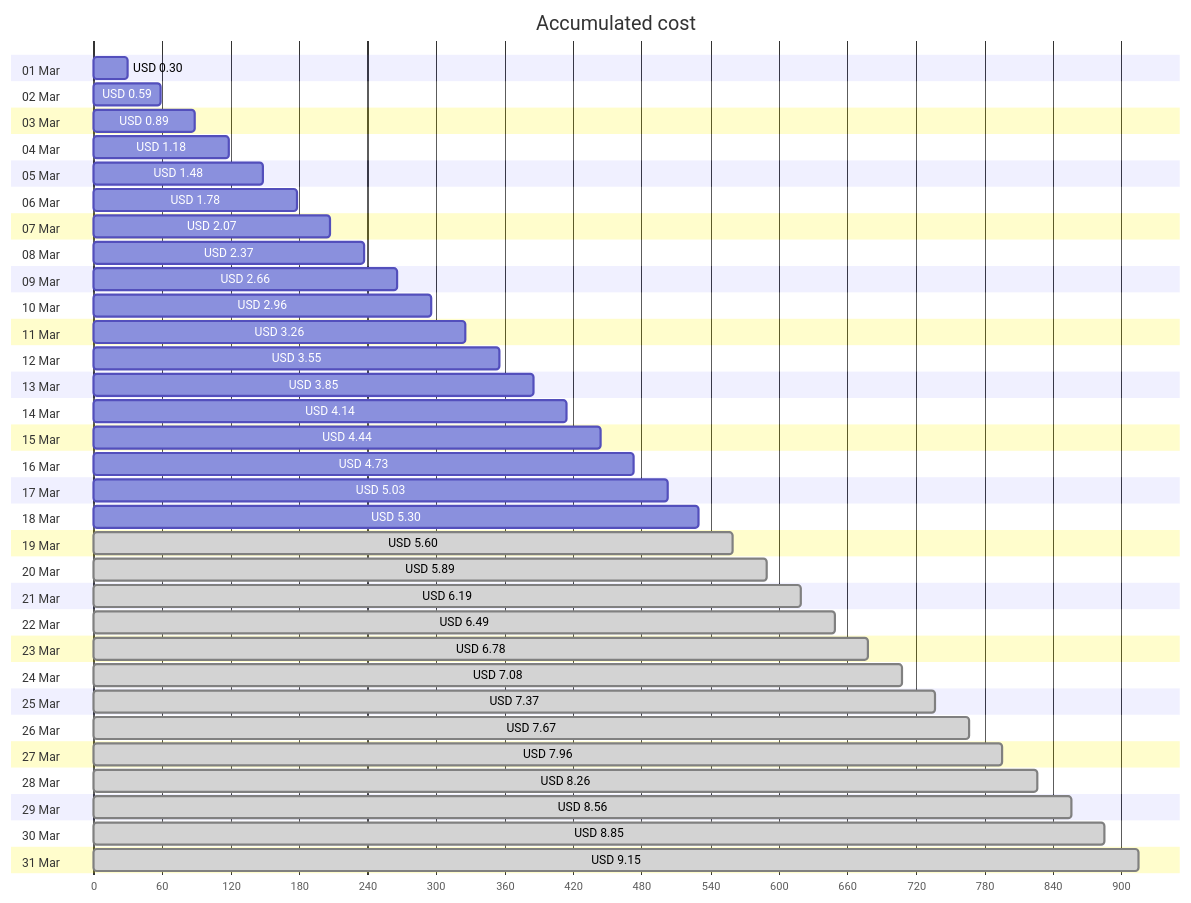
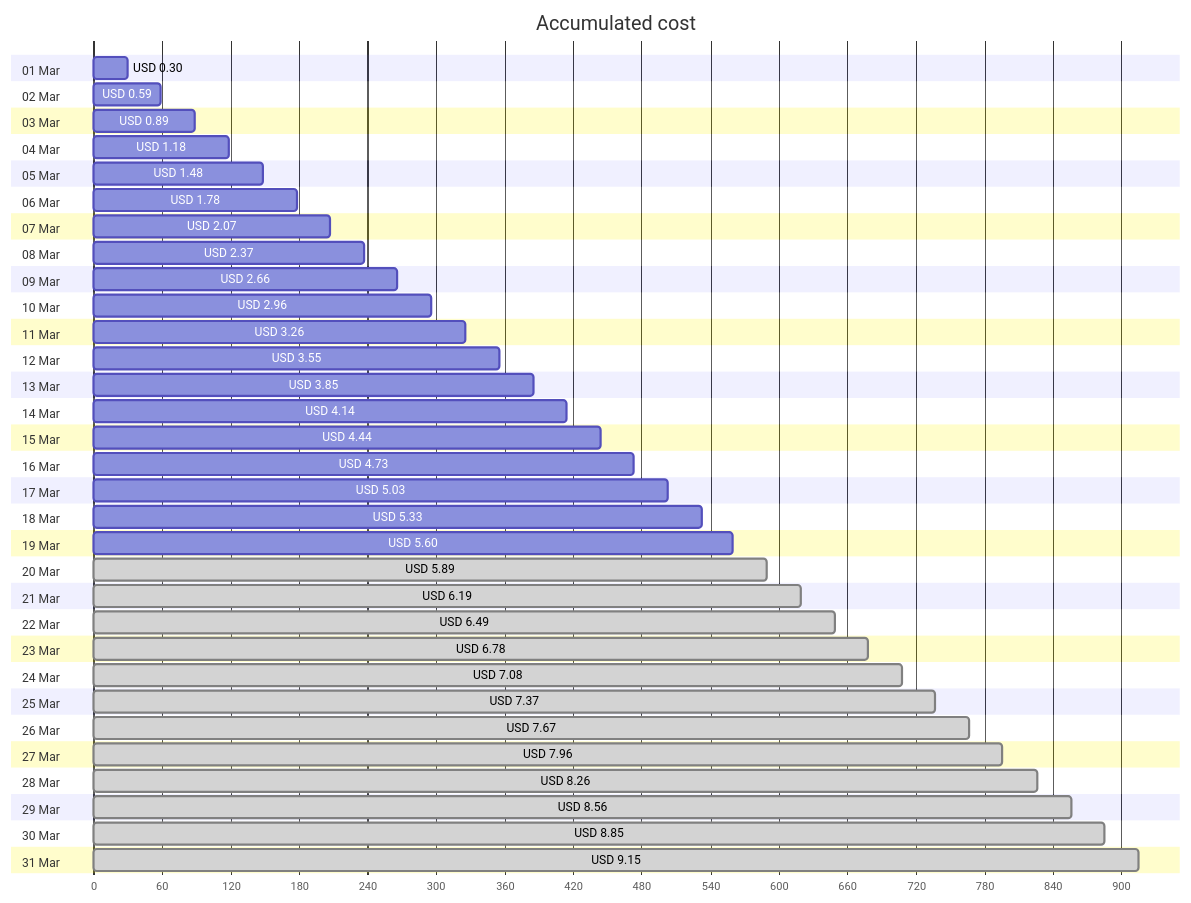
The first of 4 diagrams in cost-reports/personal-site/personal-site-preview.md (jpfulton/azure-personal-reports), drawn with Mermaid before and after one commit. The commit also changed other lines of this file and 6 other files, not shown here.

````diff
--- a/cost-reports/personal-site/personal-site-preview.md
+++ b/cost-reports/personal-site/personal-site-preview.md
@@ -20,68 +20,68 @@
 ```mermaid
 gantt
    title Accumulated cost
    dateFormat  X
    axisFormat %s
    section 01 Mar
    USD 0.30 :0, 30
    section 02 Mar
    USD 0.59 :0, 59
    section 03 Mar
    USD 0.89 :0, 89
    section 04 Mar
    USD 1.18 :0, 118
    section 05 Mar
    USD 1.48 :0, 148
    section 06 Mar
    USD 1.78 :0, 178
    section 07 Mar
    USD 2.07 :0, 207
    section 08 Mar
    USD 2.37 :0, 237
    section 09 Mar
    USD 2.66 :0, 266
    section 10 Mar
    USD 2.96 :0, 296
    section 11 Mar
    USD 3.26 :0, 326
    section 12 Mar
    USD 3.55 :0, 355
    section 13 Mar
    USD 3.85 :0, 385
    section 14 Mar
    USD 4.14 :0, 414
    section 15 Mar
    USD 4.44 :0, 444
    section 16 Mar
    USD 4.73 :0, 473
    section 17 Mar
    USD 5.03 :0, 503
    section 18 Mar
-   USD 5.30 :0, 530
+   USD 5.33 :0, 533
    section 19 Mar
-   USD 5.60 : done, 0, 560
+   USD 5.60 :0, 560
    section 20 Mar
    USD 5.89 : done, 0, 589
    section 21 Mar
    USD 6.19 : done, 0, 619
    section 22 Mar
    USD 6.49 : done, 0, 649
    section 23 Mar
    USD 6.78 : done, 0, 678
    section 24 Mar
    USD 7.08 : done, 0, 708
    section 25 Mar
    USD 7.37 : done, 0, 737
    section 26 Mar
    USD 7.67 : done, 0, 767
    section 27 Mar
    USD 7.96 : done, 0, 796
    section 28 Mar
    USD 8.26 : done, 0, 826
    section 29 Mar
    USD 8.56 : done, 0, 856
    section 30 Mar
    USD 8.85 : done, 0, 885
    section 31 Mar
    USD 9.15 : done, 0, 915
 ```
````
